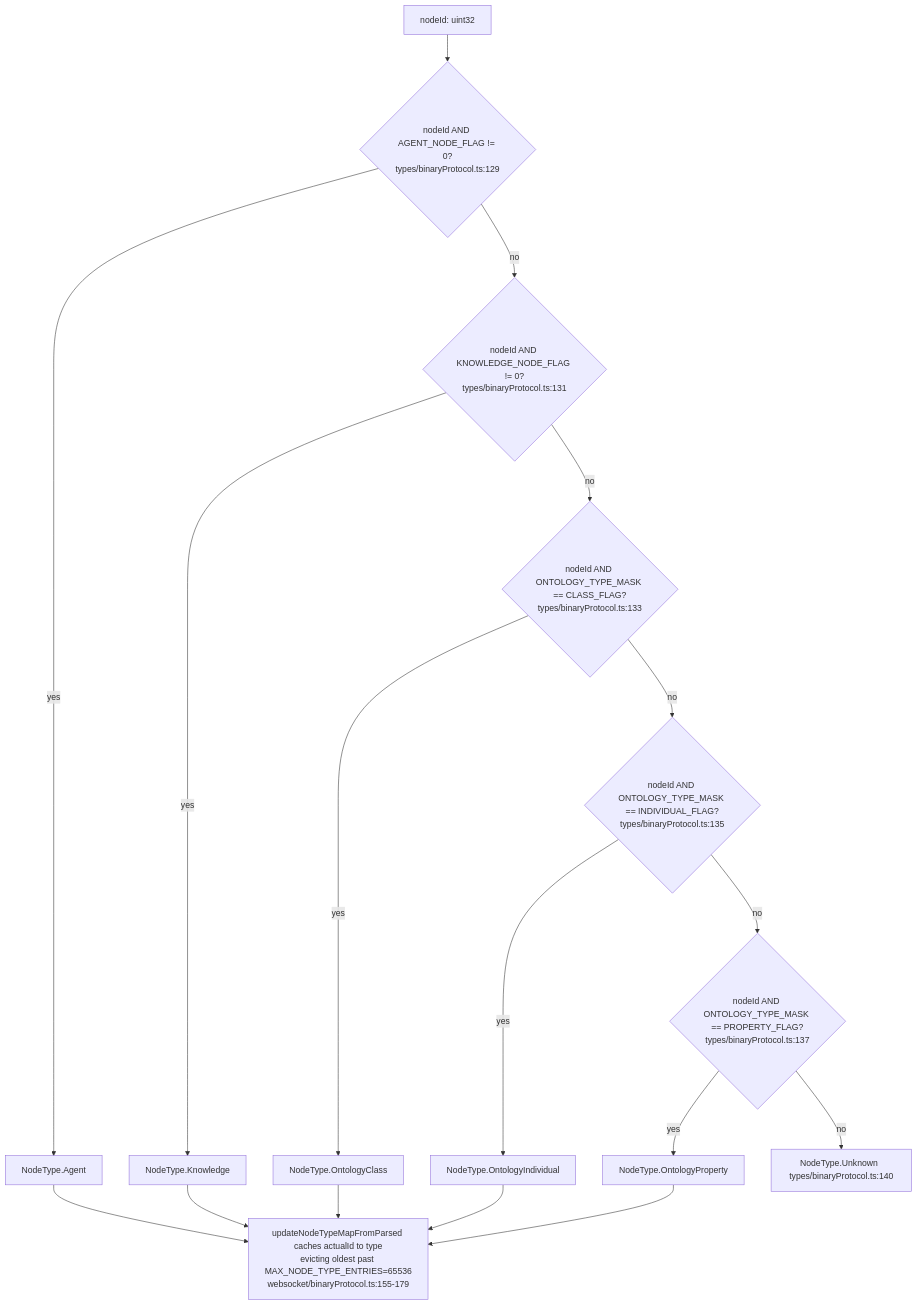
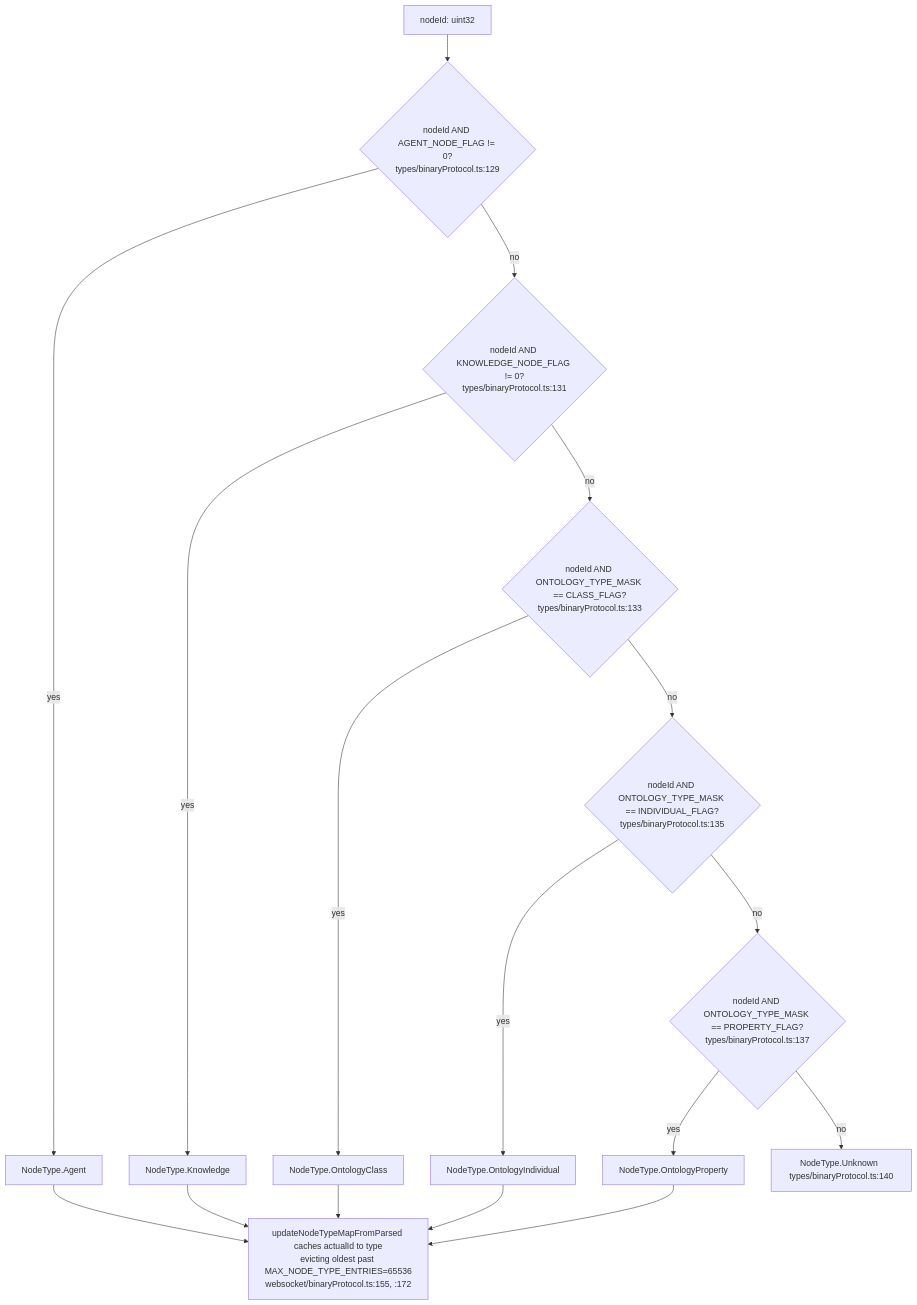
Before and after one commit to DreamLab-AI/VisionFlow: the seventh of 16 diagrams in docs/diagrams/visionclaw/32-client-websocket-and-binary.md, drawn with Mermaid. The commit also changed other lines of this file and 32 other files, not shown here.

````diff
--- a/docs/diagrams/visionclaw/32-client-websocket-and-binary.md
+++ b/docs/diagrams/visionclaw/32-client-websocket-and-binary.md
@@ -270,19 +272,19 @@
 ```mermaid
 flowchart TD
     A["nodeId: uint32"] --> B{"nodeId AND AGENT_NODE_FLAG != 0?<br/>types/binaryProtocol.ts:129"}
     B -- yes --> AG["NodeType.Agent"]
     B -- no --> C{"nodeId AND KNOWLEDGE_NODE_FLAG != 0?<br/>types/binaryProtocol.ts:131"}
     C -- yes --> KN["NodeType.Knowledge"]
     C -- no --> D{"nodeId AND ONTOLOGY_TYPE_MASK == CLASS_FLAG?<br/>types/binaryProtocol.ts:133"}
     D -- yes --> OC["NodeType.OntologyClass"]
     D -- no --> E{"nodeId AND ONTOLOGY_TYPE_MASK == INDIVIDUAL_FLAG?<br/>types/binaryProtocol.ts:135"}
     E -- yes --> OI["NodeType.OntologyIndividual"]
     E -- no --> F{"nodeId AND ONTOLOGY_TYPE_MASK == PROPERTY_FLAG?<br/>types/binaryProtocol.ts:137"}
     F -- yes --> OP["NodeType.OntologyProperty"]
     F -- no --> UN["NodeType.Unknown  types/binaryProtocol.ts:140"]
-    AG --> G["updateNodeTypeMapFromParsed caches actualId to type<br/>evicting oldest past MAX_NODE_TYPE_ENTRIES=65536<br/>websocket/binaryProtocol.ts:155-179"]
+    AG --> G["updateNodeTypeMapFromParsed caches actualId to type<br/>evicting oldest past MAX_NODE_TYPE_ENTRIES=65536<br/>websocket/binaryProtocol.ts:155, :172"]
     KN --> G
     OC --> G
     OI --> G
     OP --> G
 ```
````
